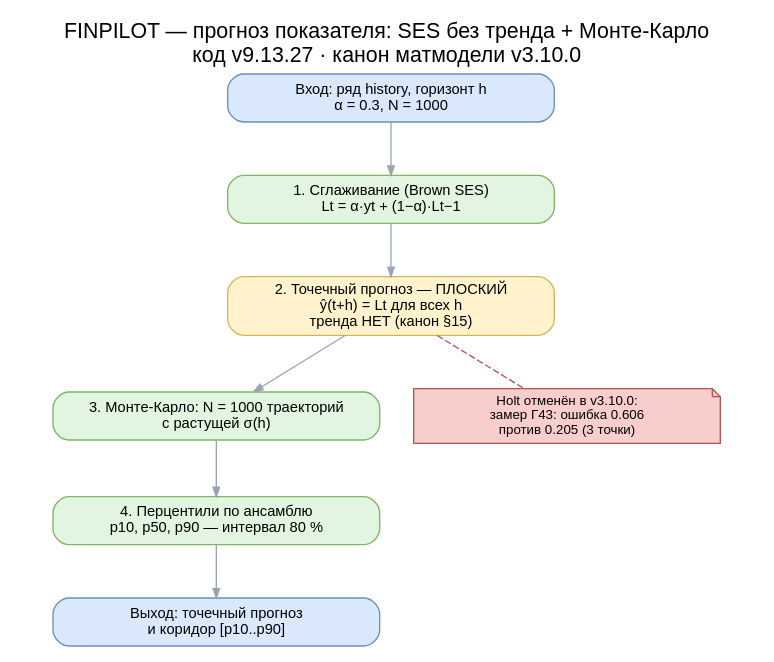
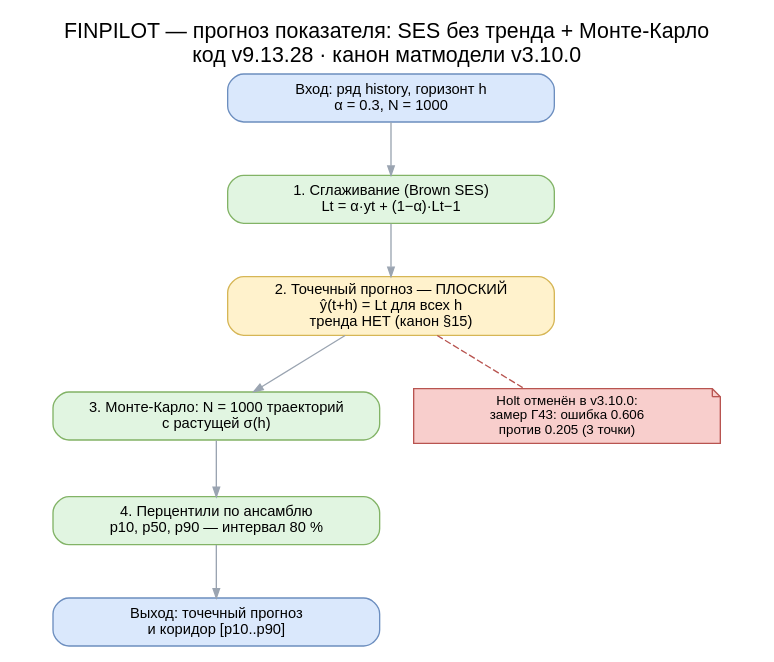
The diagram in docs/diagrams/src/15_forecast_GOST.dot (vevdokimovm/personal-finance-dss), drawn with Graphviz before and after one commit. The commit also changed 43 other files, not shown here.

Commit message:
personal-finance-dss v9.13.28 — превью у всех диаграмм, README актуализирован, добавлены схемы и лого

```diff
--- a/docs/diagrams/src/15_forecast_GOST.dot
+++ b/docs/diagrams/src/15_forecast_GOST.dot
@@ -1,23 +1,23 @@
 digraph forecast {
   graph [rankdir=TB, fontname="Helvetica", labelloc=t, fontsize=16,
-         label="FINPILOT — прогноз показателя: SES без тренда + Монте-Карло\nкод v9.13.27 · канон матмодели v3.10.0",
+         label="FINPILOT — прогноз показателя: SES без тренда + Монте-Карло\nкод v9.13.28 · канон матмодели v3.10.0",
          nodesep=0.35, ranksep=0.55];
   node [fontname="Helvetica", fontsize=11, style="rounded,filled",
         fillcolor="#e1f5e1", color="#82b366", shape=box, width=3.4];
   edge [color="#9aa4b1", arrowsize=0.7];
 
   s0 [label="Вход: ряд history, горизонт h\nα = 0.3, N = 1000",
       fillcolor="#dae8fc", color="#6c8ebf"];
   s1 [label="1. Сглаживание (Brown SES)\nLt = α·yt + (1−α)·Lt−1"];
   s2 [label="2. Точечный прогноз — ПЛОСКИЙ\nŷ(t+h) = Lt для всех h\nтренда НЕТ (канон §15)",
       fillcolor="#fff2cc", color="#d6b656"];
   s3 [label="3. Монте-Карло: N = 1000 траекторий\nс растущей σ(h)"];
   s4 [label="4. Перцентили по ансамблю\np10, p50, p90 — интервал 80 %"];
   s5 [label="Выход: точечный прогноз\nи коридор [p10..p90]", fillcolor="#dae8fc", color="#6c8ebf"];
 
   note [label="Holt отменён в v3.10.0:\nзамер Г43: ошибка 0.606\nпротив 0.205 (3 точки)",
         shape=note, fillcolor="#f8cecc", color="#b85450", fontsize=10, width=3.2];
 
   s0 -> s1 -> s2 -> s3 -> s4 -> s5;
   s2 -> note [style=dashed, arrowhead=none, color="#b85450"];
 }
```
